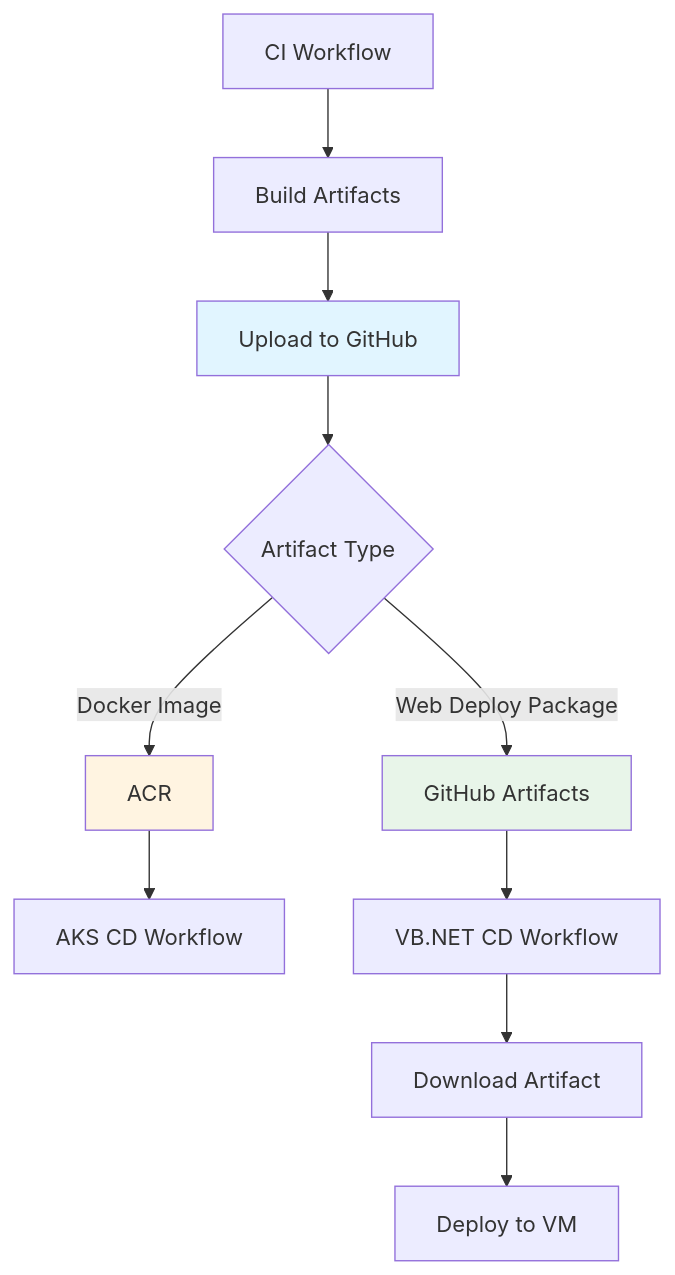
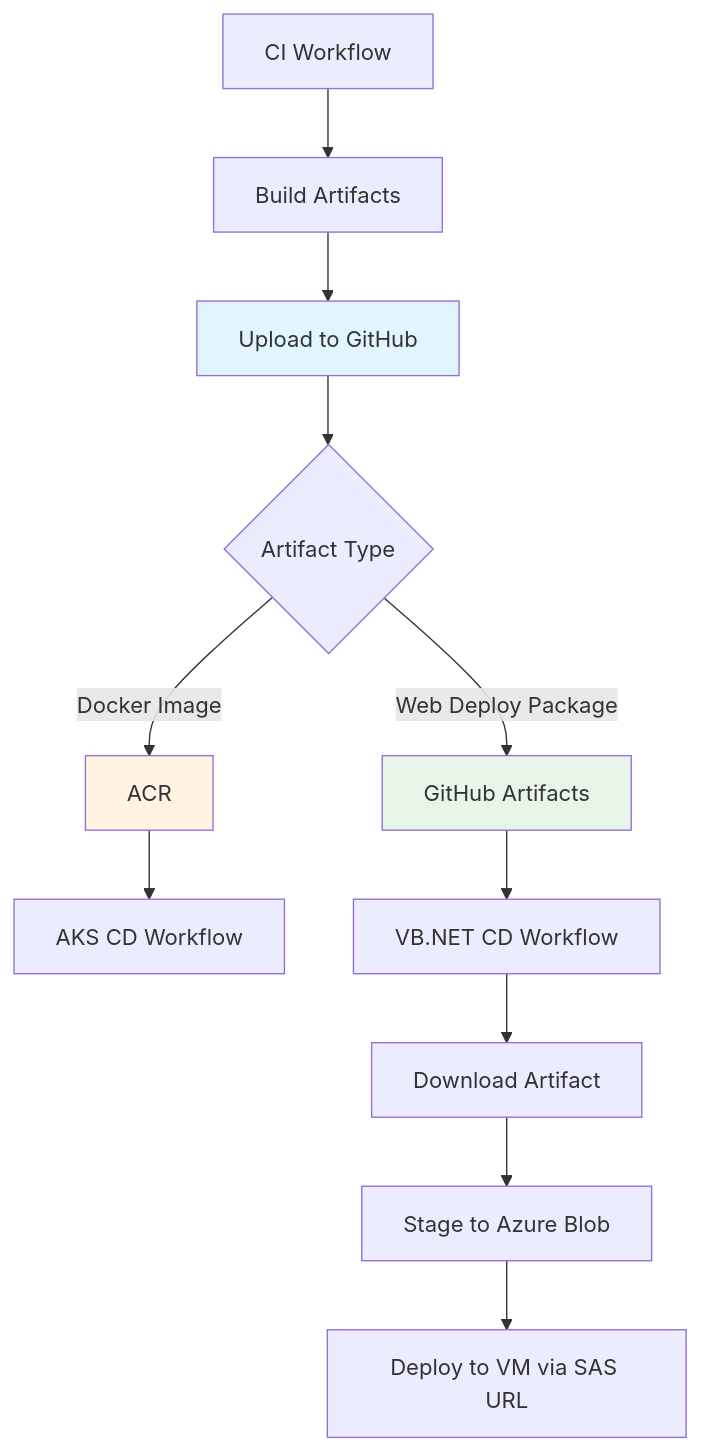
Before and after one commit to vinoth-kumar-k/github-test-workflows: the ninth of 9 diagrams in docs/architecture/workflows-architecture.md, drawn with Mermaid. The commit also changed other lines of this file, not shown here.

First line of the commit message:
docs: update architecture doc with extensibility, security hardening, and best practices

````diff
--- a/docs/architecture/workflows-architecture.md
+++ b/docs/architecture/workflows-architecture.md
@@ -320,19 +430,20 @@
 ```mermaid
 graph TB
     A[CI Workflow] --> B[Build Artifacts]
     B --> C[Upload to GitHub]
 
     C --> D{Artifact Type}
     D -->|Docker Image| E[ACR]
     D -->|Web Deploy Package| F[GitHub Artifacts]
 
     E --> G[AKS CD Workflow]
     F --> H[VB.NET CD Workflow]
 
     H --> I[Download Artifact]
-    I --> J[Deploy to VM]
+    I --> J[Stage to Azure Blob]
+    J --> K[Deploy to VM via SAS URL]
 
     style C fill:#e1f5ff
     style E fill:#fff4e1
     style F fill:#e8f5e9
 ```
````
